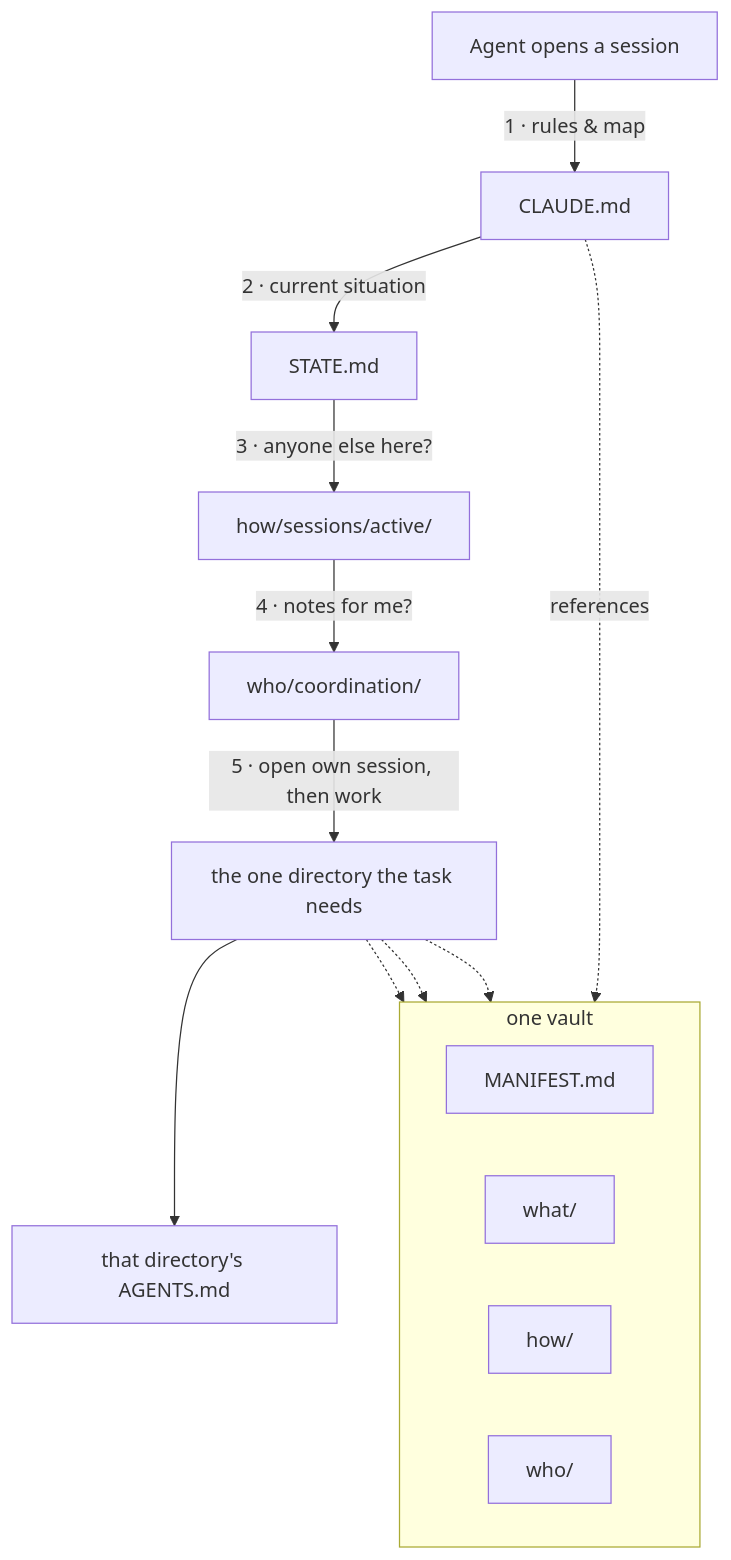
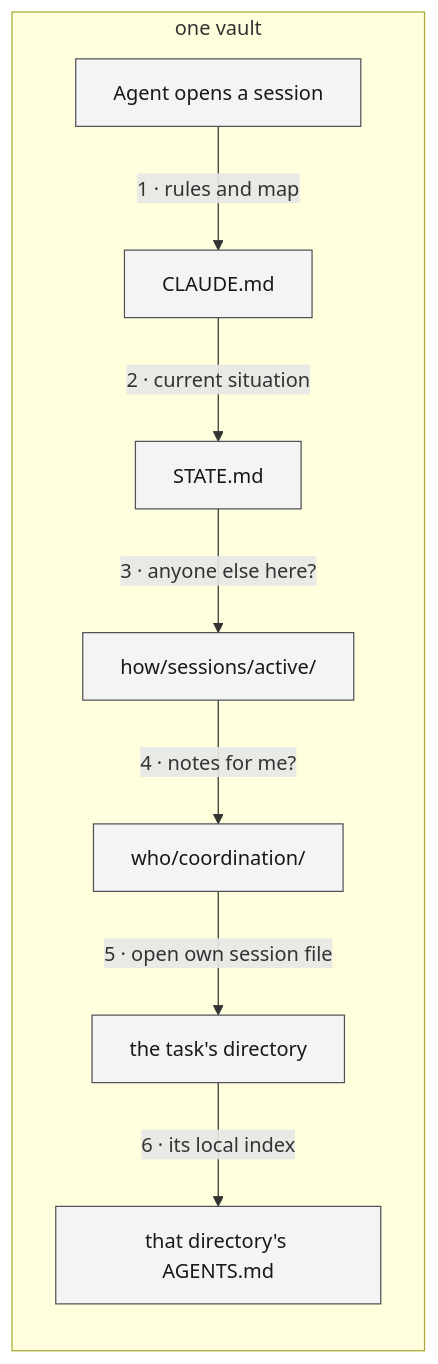
One commit to aDNA-Network/aDNA.aDNA changed the first of 5 diagrams in what/docs/adna_primer_for_data_engineers.md. Above: the diagram before and after it, drawn with Mermaid. The commit also changed other lines of this file and 2 other files, not shown here.

````diff
--- a/what/docs/adna_primer_for_data_engineers.md
+++ b/what/docs/adna_primer_for_data_engineers.md
@@ -94,20 +78,16 @@
 ```mermaid
 flowchart TB
-  A["Agent opens a session"] -->|"1 · rules & map"| CL["CLAUDE.md"]
-  CL -->|"2 · current situation"| ST["STATE.md"]
-  ST -->|"3 · anyone else here?"| SE["how/sessions/active/"]
-  SE -->|"4 · notes for me?"| CO["who/coordination/"]
-  CO -->|"5 · open own session, then work"| W["the one directory the task needs"]
-  W --> AG["that directory's AGENTS.md"]
+  accTitle: The agent's first five reads
+  accDescr: An agent opens a session, reads CLAUDE.md then STATE.md, checks active sessions and coordination notes, opens its own session file, then reads only the AGENTS.md of the directory it will work in. All of these sit inside one vault.
+  classDef box fill:#f4f4f5,stroke:#52525b,color:#18181b
   subgraph V["one vault"]
-    direction LR
-    MF["MANIFEST.md"]
-    WH["what/"]
-    HW["how/"]
-    WO["who/"]
+    direction TB
+    A["Agent opens a session"] -->|"1 · rules and map"| CL["CLAUDE.md"]
+    CL -->|"2 · current situation"| ST["STATE.md"]
+    ST -->|"3 · anyone else here?"| SE["how/sessions/active/"]
+    SE -->|"4 · notes for me?"| CO["who/coordination/"]
+    CO -->|"5 · open own session file"| W["the task's directory"]
+    W -->|"6 · its local index"| AG["that directory's AGENTS.md"]
   end
-  CL -.->|"references"| MF
-  W -.-> WH
-  W -.-> HW
-  W -.-> WO
+  class A,CL,ST,SE,CO,W,AG box
 ```
````
